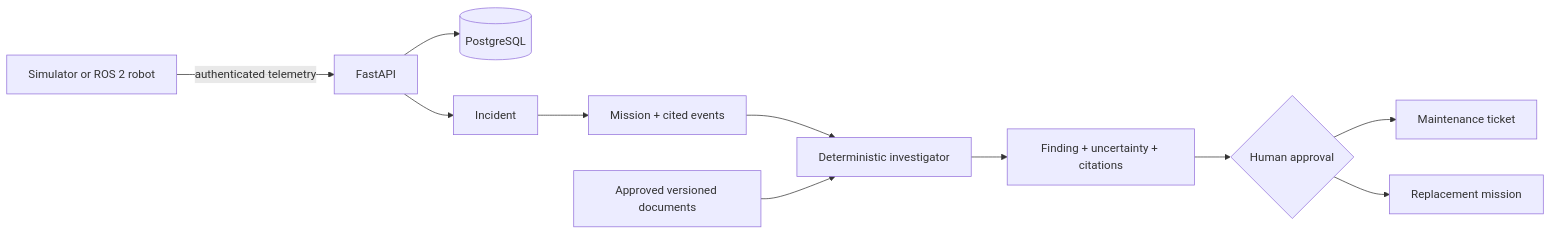
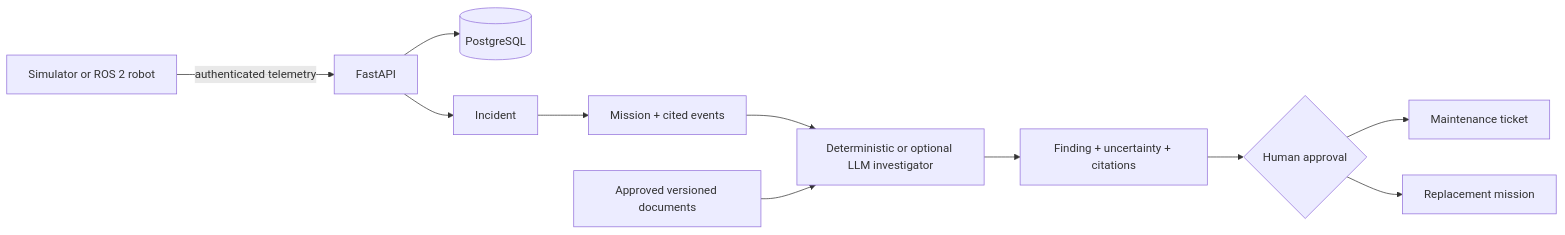
One commit to ParsaDj/ATLAS changed the diagram in README.md. Above: the diagram before and after it, drawn with Mermaid. The commit also changed other lines of this file and 8 other files, not shown here.

First line of the commit message:
Add optional evidence-grounded LLM investigator (#25)

````diff
--- a/README.md
+++ b/README.md
@@ -70,13 +70,13 @@
 ```mermaid
 flowchart LR
     Robot[Simulator or ROS 2 robot] -->|authenticated telemetry| API[FastAPI]
     API --> DB[(PostgreSQL)]
     API --> Incident[Incident]
     Incident --> Evidence[Mission + cited events]
-    Evidence --> Investigator[Deterministic investigator]
+    Evidence --> Investigator[Deterministic or optional LLM investigator]
     Docs[Approved versioned documents] --> Investigator
     Investigator --> Finding[Finding + uncertainty + citations]
     Finding --> Approval{Human approval}
     Approval --> Ticket[Maintenance ticket]
     Approval --> Retry[Replacement mission]
 ```
````
